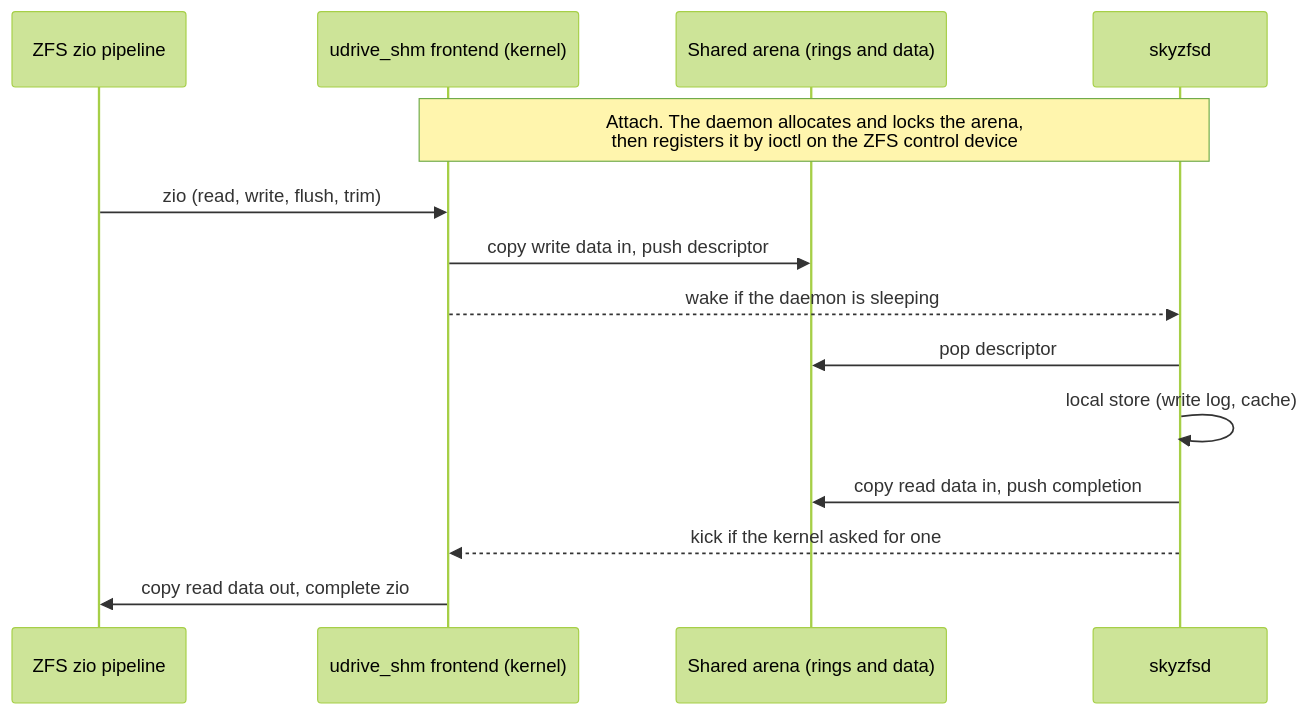
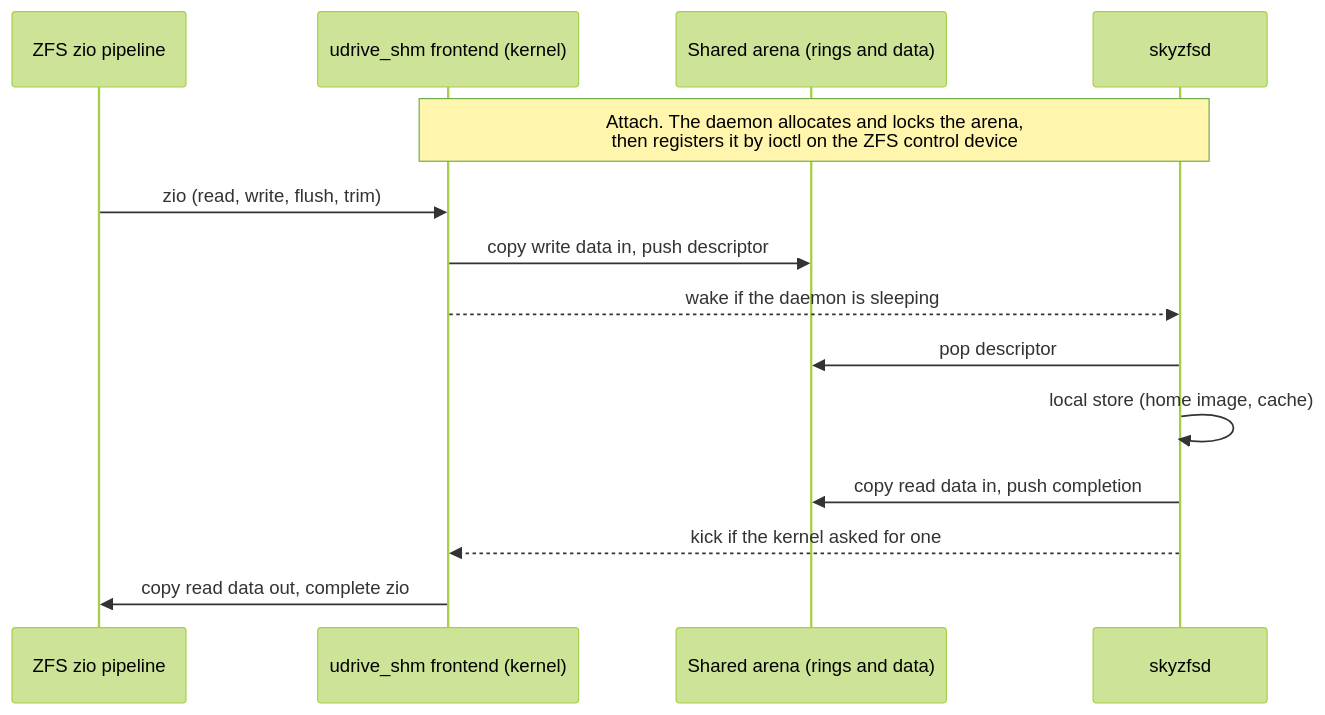
Before and after one commit to skyzfs/skyzfs: the second of 5 diagrams in docs/skyzfs-design.md, drawn with Mermaid (forest theme). The commit also changed other lines of this file and 1 other file, not shown here.

First line of the commit message:
Design: the store writes in place, with no write log (decision D5)

````diff
--- a/docs/skyzfs-design.md
+++ b/docs/skyzfs-design.md
@@ -203,17 +208,17 @@
 ```mermaid
 sequenceDiagram
     participant Z as ZFS zio pipeline
     participant F as udrive_shm frontend (kernel)
     participant R as Shared arena (rings and data)
     participant D as skyzfsd
 
     Note over D,F: Attach. The daemon allocates and locks the arena,<br/>then registers it by ioctl on the ZFS control device
     Z->>F: zio (read, write, flush, trim)
     F->>R: copy write data in, push descriptor
     F-->>D: wake if the daemon is sleeping
     D->>R: pop descriptor
-    D->>D: local store (write log, cache)
+    D->>D: local store (home image, cache)
     D->>R: copy read data in, push completion
     D-->>F: kick if the kernel asked for one
     F->>Z: copy read data out, complete zio
 ```
````
